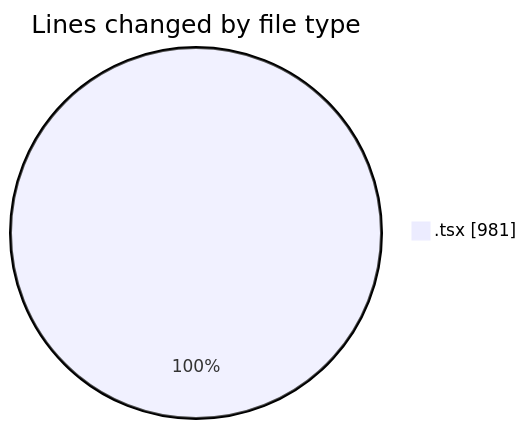
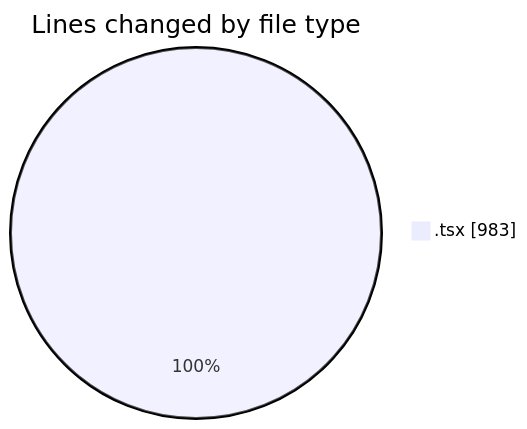
One commit to robertbonfada/code-tracking changed the first of 2 diagrams in 2025-02-03/mbc-web/README.md. Above: the diagram before and after it, drawn with Mermaid. The commit also changed other lines of this file and 1 other file, not shown here.

````diff
--- a/2025-02-03/mbc-web/README.md
+++ b/2025-02-03/mbc-web/README.md
@@ -21,5 +21,5 @@
 ```mermaid
 pie showData
 title Lines changed by file type
-".tsx" : 981
+".tsx" : 983
 ```
````
